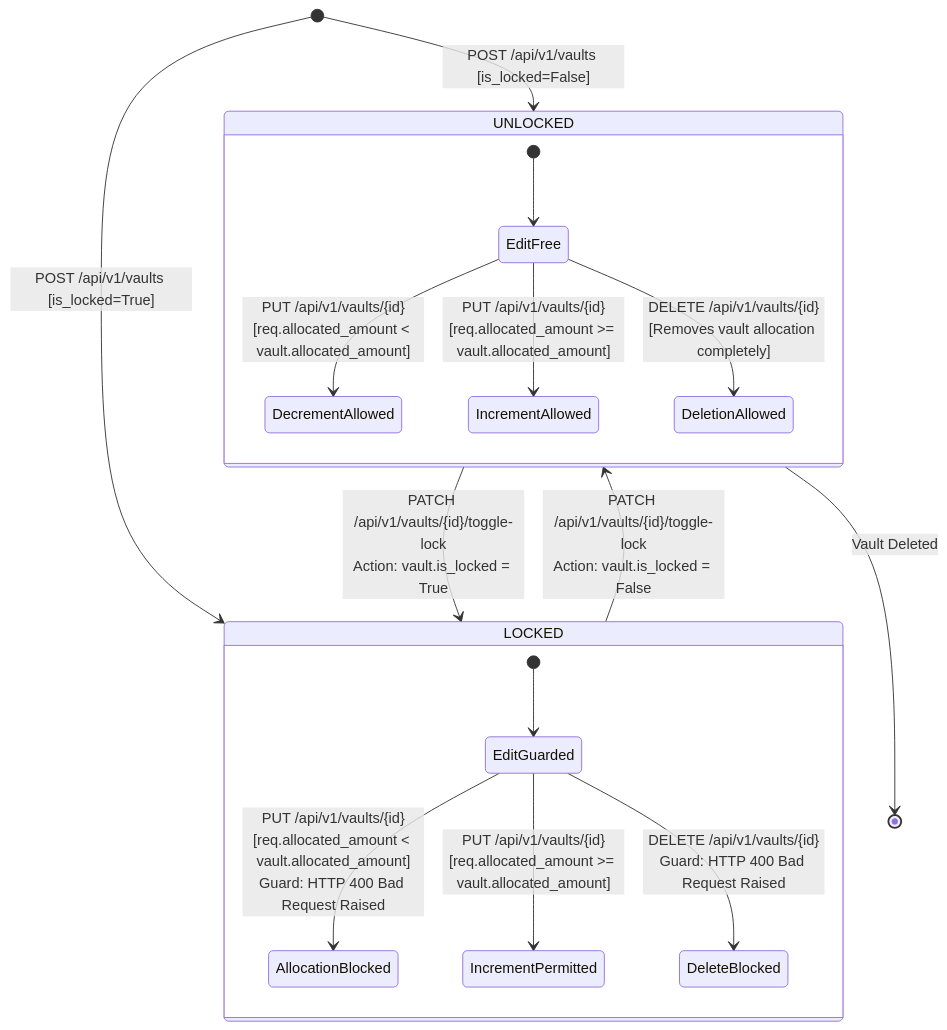
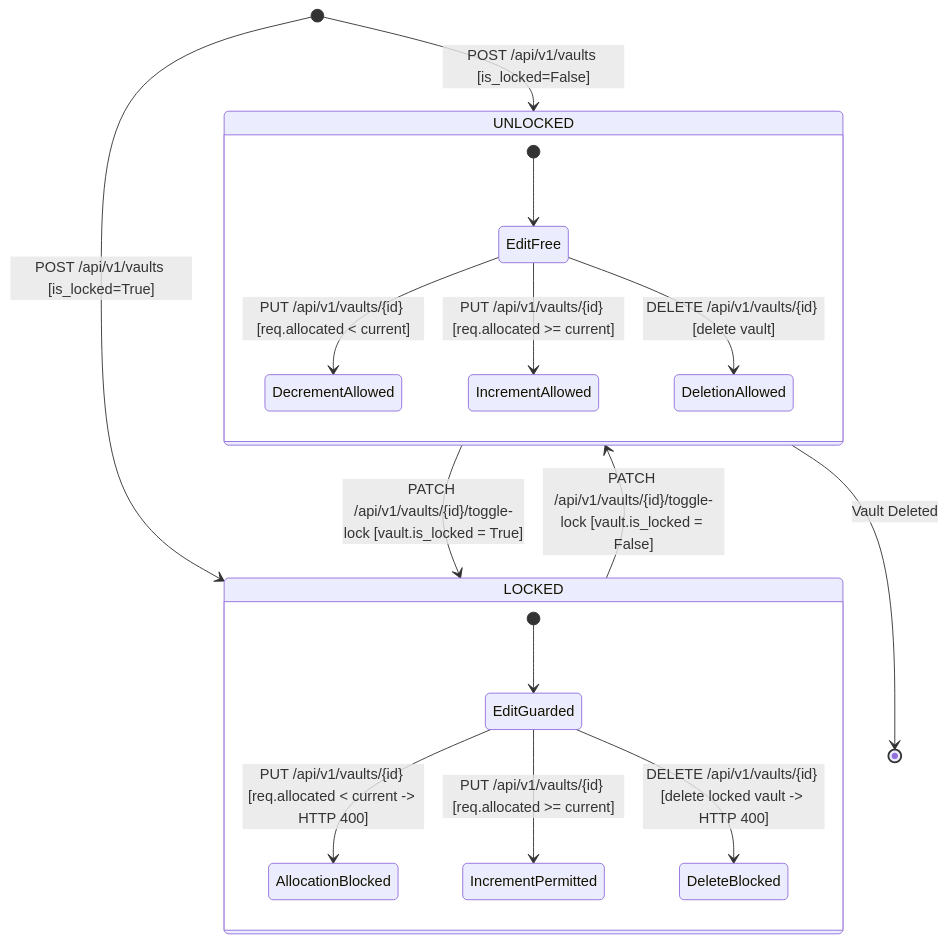
One commit to grantsam/rezekify changed the tenth of 14 diagrams in docs/architecture/04-DYNAMIC-INTERACTION-FLOWS.md. Above: the diagram before and after it, drawn with Mermaid. The commit also changed other lines of this file and 3 other files, not shown here.

First line of the commit message:
docs(architecture): polish diagrams and sanitize Mermaid syntax

````diff
--- a/docs/architecture/04-DYNAMIC-INTERACTION-FLOWS.md
+++ b/docs/architecture/04-DYNAMIC-INTERACTION-FLOWS.md
@@ -651,25 +653,25 @@
 ```mermaid
 stateDiagram-v2
     [*] --> UNLOCKED: POST /api/v1/vaults [is_locked=False]
     [*] --> LOCKED: POST /api/v1/vaults [is_locked=True]
 
-    UNLOCKED --> LOCKED: PATCH /api/v1/vaults/{id}/toggle-lock<br/>Action: vault.is_locked = True
+    UNLOCKED --> LOCKED: PATCH /api/v1/vaults/{id}/toggle-lock [vault.is_locked = True]
 
-    LOCKED --> UNLOCKED: PATCH /api/v1/vaults/{id}/toggle-lock<br/>Action: vault.is_locked = False
+    LOCKED --> UNLOCKED: PATCH /api/v1/vaults/{id}/toggle-lock [vault.is_locked = False]
 
     state UNLOCKED {
         [*] --> EditFree
-        EditFree --> DecrementAllowed: PUT /api/v1/vaults/{id}<br/>[req.allocated_amount < vault.allocated_amount]
-        EditFree --> IncrementAllowed: PUT /api/v1/vaults/{id}<br/>[req.allocated_amount >= vault.allocated_amount]
-        EditFree --> DeletionAllowed: DELETE /api/v1/vaults/{id}<br/>[Removes vault allocation completely]
+        EditFree --> DecrementAllowed: PUT /api/v1/vaults/{id} [req.allocated < current]
+        EditFree --> IncrementAllowed: PUT /api/v1/vaults/{id} [req.allocated >= current]
+        EditFree --> DeletionAllowed: DELETE /api/v1/vaults/{id} [delete vault]
     }
 
     state LOCKED {
         [*] --> EditGuarded
-        EditGuarded --> AllocationBlocked: PUT /api/v1/vaults/{id}<br/>[req.allocated_amount < vault.allocated_amount]<br/>Guard: HTTP 400 Bad Request Raised
-        EditGuarded --> IncrementPermitted: PUT /api/v1/vaults/{id}<br/>[req.allocated_amount >= vault.allocated_amount]
-        EditGuarded --> DeleteBlocked: DELETE /api/v1/vaults/{id}<br/>Guard: HTTP 400 Bad Request Raised
+        EditGuarded --> AllocationBlocked: PUT /api/v1/vaults/{id} [req.allocated < current -> HTTP 400]
+        EditGuarded --> IncrementPermitted: PUT /api/v1/vaults/{id} [req.allocated >= current]
+        EditGuarded --> DeleteBlocked: DELETE /api/v1/vaults/{id} [delete locked vault -> HTTP 400]
     }
 
     UNLOCKED --> [*]: Vault Deleted
 ```
````
